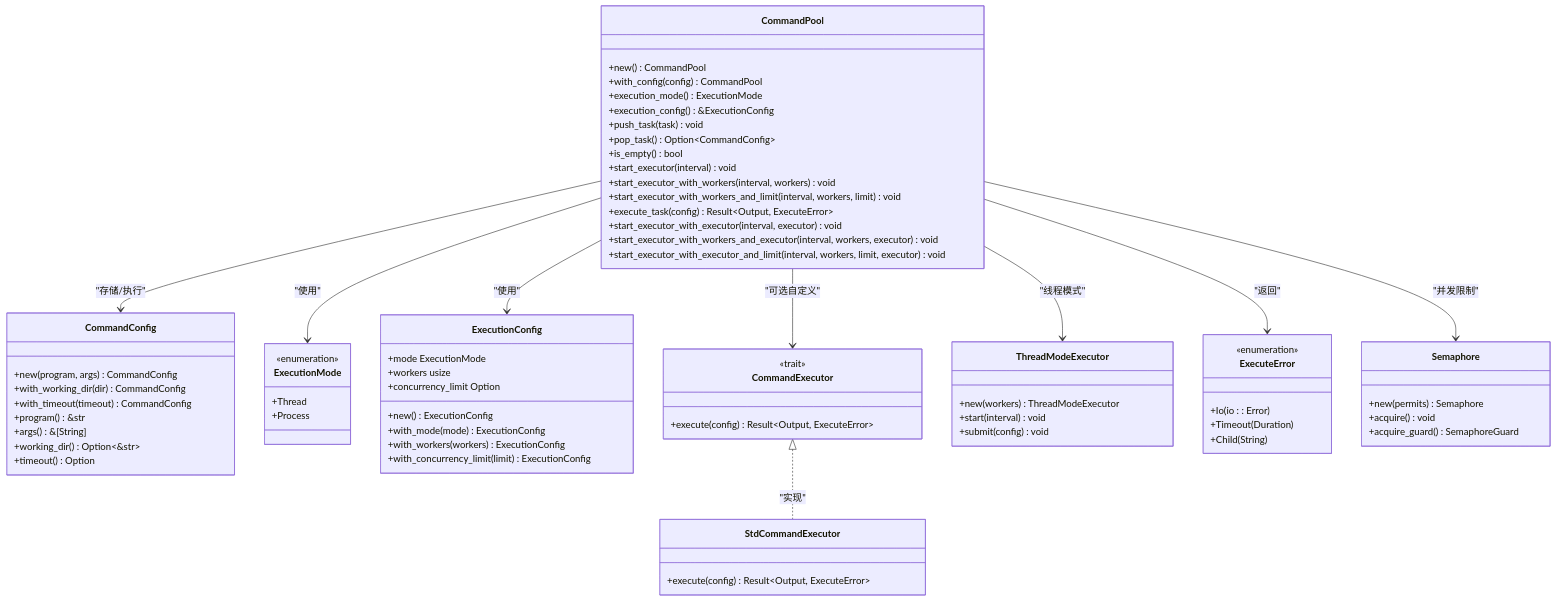
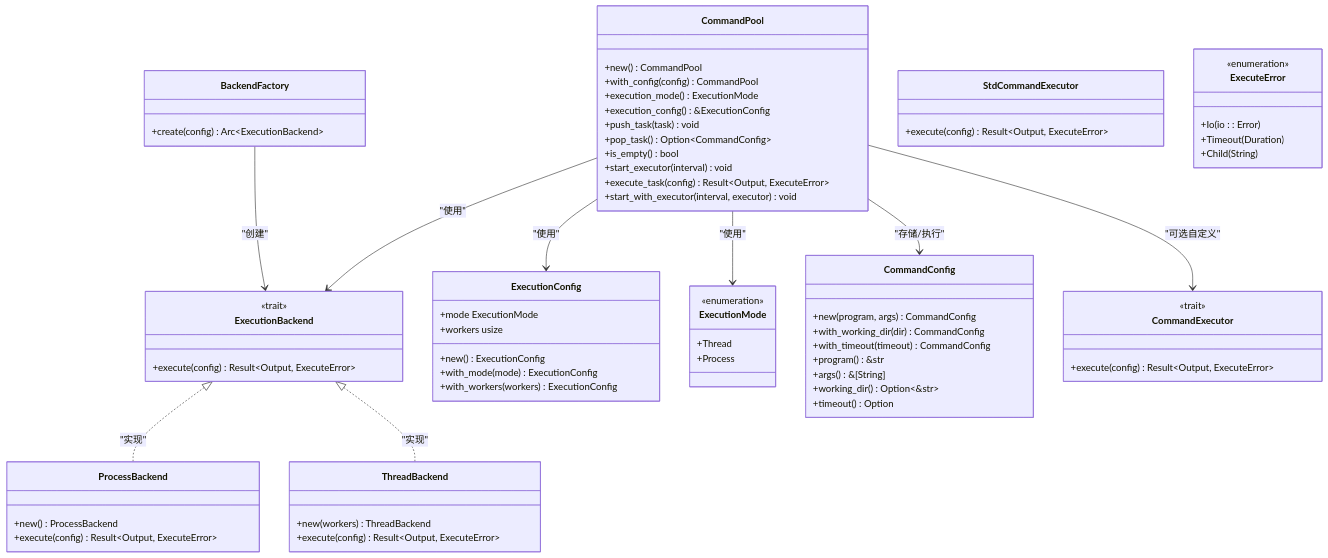
Before and after one commit to xcry2006/execute: the third of 4 diagrams in .qoder/repowiki/zh/content/核心 API 参考/CommandPool API.md, drawn with Mermaid. The commit also changed other lines of this file and 9 other files, not shown here.

````diff
--- a/.qoder/repowiki/zh/content/核心 API 参考/CommandPool API.md
+++ b/.qoder/repowiki/zh/content/核心 API 参考/CommandPool API.md
@@ -284,73 +261,72 @@
 ```mermaid
 classDiagram
 class CommandPool {
 +new() CommandPool
 +with_config(config) CommandPool
 +execution_mode() ExecutionMode
 +execution_config() &ExecutionConfig
 +push_task(task) void
 +pop_task() Option~CommandConfig~
 +is_empty() bool
 +start_executor(interval) void
-+start_executor_with_workers(interval, workers) void
-+start_executor_with_workers_and_limit(interval, workers, limit) void
 +execute_task(config) Result~Output, ExecuteError~
-+start_executor_with_executor(interval, executor) void
-+start_executor_with_workers_and_executor(interval, workers, executor) void
-+start_executor_with_executor_and_limit(interval, workers, limit, executor) void
++start_with_executor(interval, executor) void
+}
+class ExecutionBackend {
+<<trait>>
++execute(config) Result~Output, ExecuteError~
+}
+class ExecutionConfig {
++mode ExecutionMode
++workers usize
++new() ExecutionConfig
++with_mode(mode) ExecutionConfig
++with_workers(workers) ExecutionConfig
+}
+class ExecutionMode {
+<<enumeration>>
++Thread
++Process
+}
+class ProcessBackend {
++new() ProcessBackend
++execute(config) Result~Output, ExecuteError~
+}
+class ThreadBackend {
++new(workers) ThreadBackend
++execute(config) Result~Output, ExecuteError~
+}
+class BackendFactory {
++create(config) Arc~ExecutionBackend~
 }
 class CommandConfig {
 +new(program, args) CommandConfig
 +with_working_dir(dir) CommandConfig
 +with_timeout(timeout) CommandConfig
 +program() &str
 +args() &[String]
 +working_dir() Option<&str>
 +timeout() Option<Duration>
 }
-class ExecutionMode {
-<<enumeration>>
-+Thread
-+Process
-}
-class ExecutionConfig {
-+mode ExecutionMode
-+workers usize
-+concurrency_limit Option<usize>
-+new() ExecutionConfig
-+with_mode(mode) ExecutionConfig
-+with_workers(workers) ExecutionConfig
-+with_concurrency_limit(limit) ExecutionConfig
-}
 class CommandExecutor {
 <<trait>>
 +execute(config) Result~Output, ExecuteError~
 }
 class StdCommandExecutor {
 +execute(config) Result~Output, ExecuteError~
 }
-class ThreadModeExecutor {
-+new(workers) ThreadModeExecutor
-+start(interval) void
-+submit(config) void
-}
 class ExecuteError {
 <<enumeration>>
 +Io(io : : Error)
 +Timeout(Duration)
 +Child(String)
 }
-class Semaphore {
-+new(permits) Semaphore
-+acquire() void
-+acquire_guard() SemaphoreGuard
-}
+CommandPool --> ExecutionBackend : "使用"
 CommandPool --> ExecutionConfig : "使用"
 CommandPool --> ExecutionMode : "使用"
 CommandPool --> CommandConfig : "存储/执行"
 CommandPool --> CommandExecutor : "可选自定义"
-CommandPool --> ThreadModeExecutor : "线程模式"
-CommandExecutor <|.. StdCommandExecutor : "实现"
-CommandPool --> ExecuteError : "返回"
-CommandPool --> Semaphore : "并发限制"
+ExecutionBackend <|.. ProcessBackend : "实现"
+ExecutionBackend <|.. ThreadBackend : "实现"
+BackendFactory --> ExecutionBackend : "创建"
 ```
````
